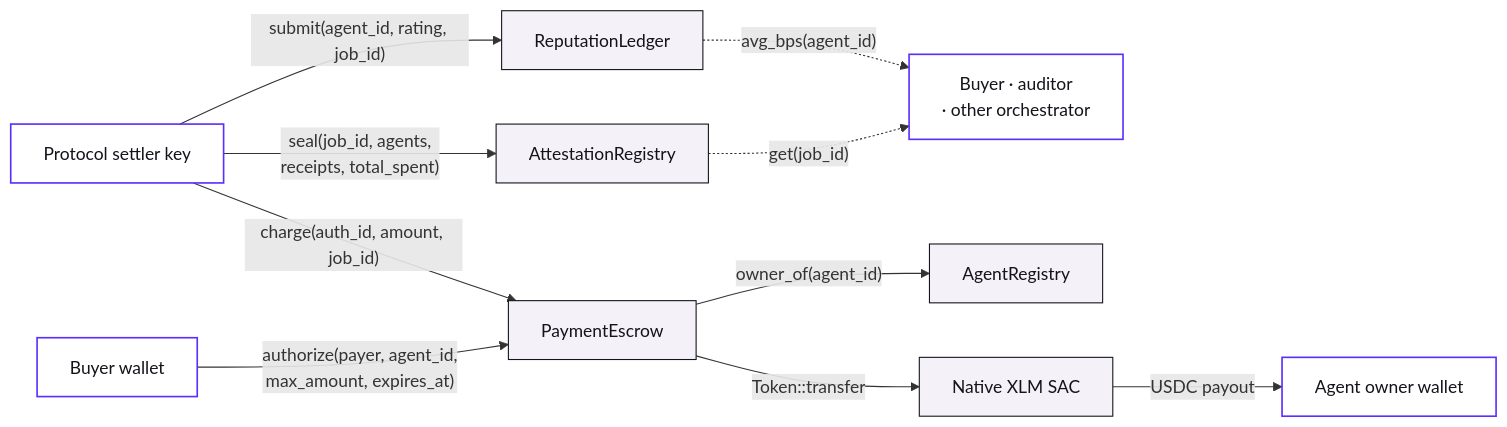
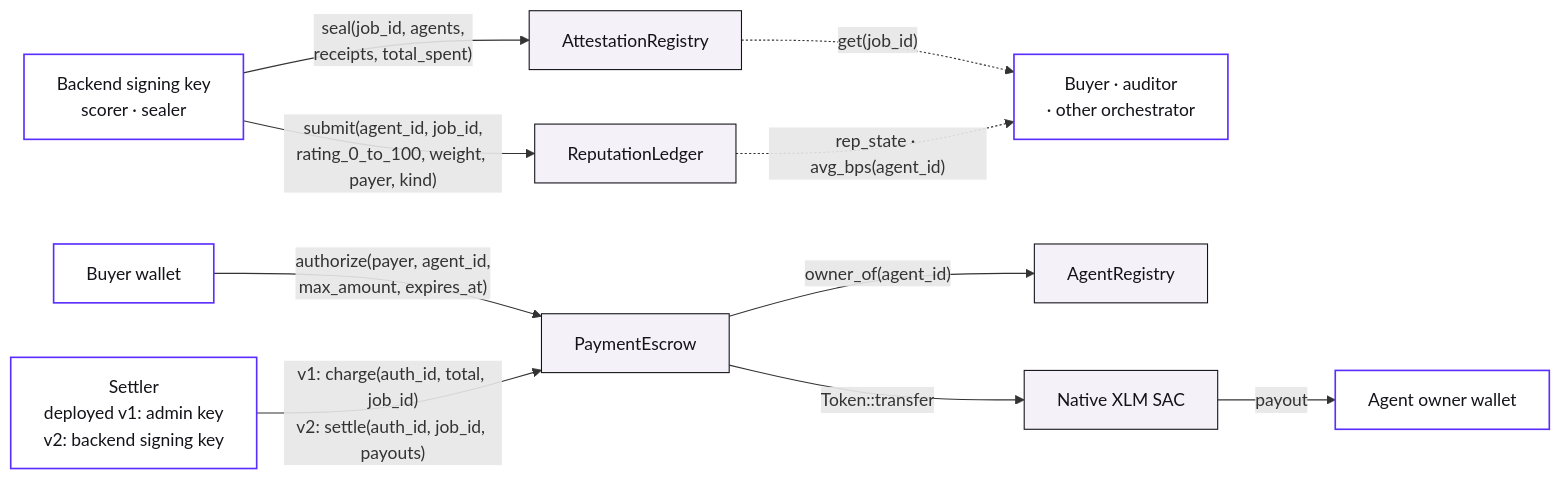
Before and after one commit to Bl0cksmiths/Orizon-Agents-FE-Stellar: the third of 4 diagrams in litepaper/sections/05-technical-details.md, drawn with Mermaid. The commit also changed other lines of this file, not shown here.

Commit message:
split figure 3's protocol key into the settler and the backend key

````diff
--- a/litepaper/sections/05-technical-details.md
+++ b/litepaper/sections/05-technical-details.md
@@ -219,24 +219,25 @@
 ```mermaid
 flowchart LR
     Buyer["Buyer wallet"]
-    Settler["Protocol settler key"]
+    Settler["Settler<br/>deployed v1: admin key<br/>v2: backend signing key"]
+    Backend["Backend signing key<br/>scorer · sealer"]
     Owner["Agent owner wallet"]
     Reader["Buyer · auditor<br/>· other orchestrator"]
 
     Buyer -- "authorize(payer, agent_id,<br/>max_amount, expires_at)" --> PE["PaymentEscrow"]
-    Settler -- "charge(auth_id, amount, job_id)" --> PE
+    Settler -- "v1: charge(auth_id, total, job_id)<br/>v2: settle(auth_id, job_id, payouts)" --> PE
     PE -- "owner_of(agent_id)" --> AR["AgentRegistry"]
     PE -- "Token::transfer" --> SAC["Native XLM SAC"]
-    SAC -- "USDC payout" --> Owner
+    SAC -- "payout" --> Owner
 
-    Settler -- "seal(job_id, agents,<br/>receipts, total_spent)" --> AT["AttestationRegistry"]
-    Settler -- "submit(agent_id, rating, job_id)" --> RL["ReputationLedger"]
+    Backend -- "seal(job_id, agents,<br/>receipts, total_spent)" --> AT["AttestationRegistry"]
+    Backend -- "submit(agent_id, job_id,<br/>rating_0_to_100, weight, payer, kind)" --> RL["ReputationLedger"]
 
     AT -. "get(job_id)" .-> Reader
-    RL -. "avg_bps(agent_id)" .-> Reader
+    RL -. "rep_state · avg_bps(agent_id)" .-> Reader
 
     classDef wallet fill:#FFFFFF,stroke:#5A2EFF,stroke-width:1.5px,color:#14131A
     classDef contract fill:#F4F2F8,stroke:#14131A,stroke-width:1px,color:#14131A
-    class Buyer,Settler,Owner,Reader wallet
+    class Buyer,Settler,Backend,Owner,Reader wallet
     class PE,AR,AT,RL,SAC contract
 ```
````
